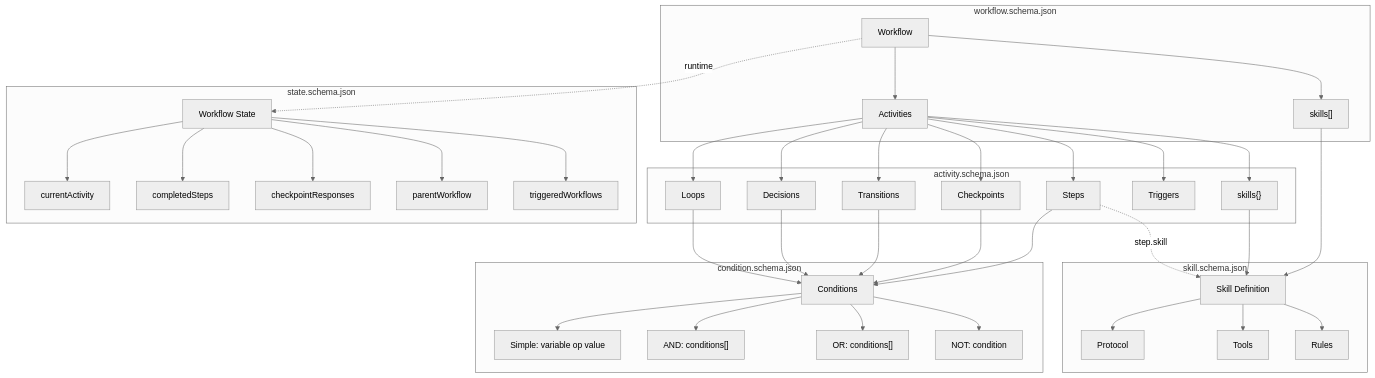
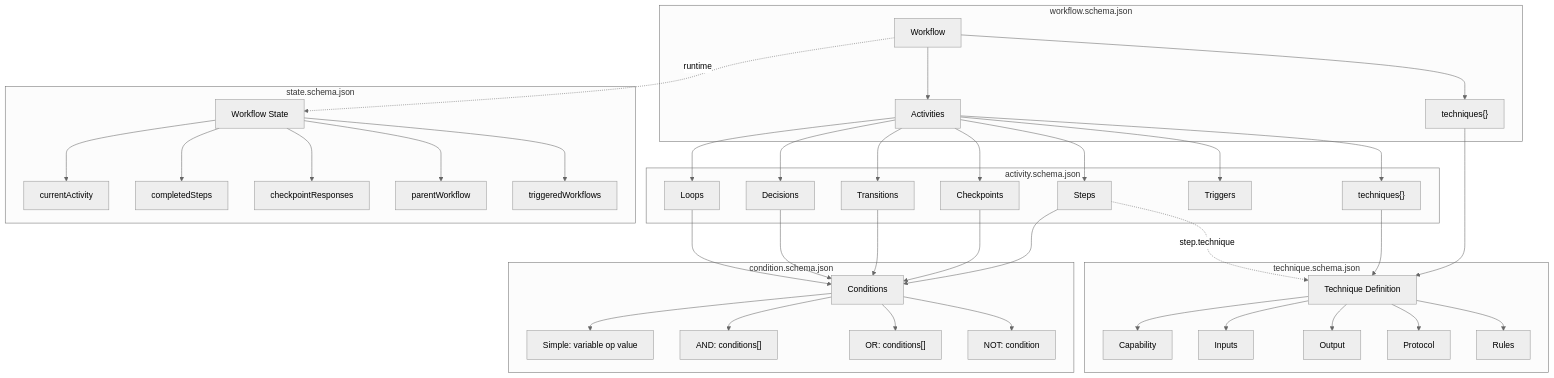
One commit to m2ux/workflow-server changed the second of 3 diagrams in schemas/README.md. Above: the diagram before and after it, drawn with Mermaid (neutral theme). The commit also changed other lines of this file and 87 other files, not shown here.

First line of the commit message:
feat(workflow-server): markdown-skills migration — techniques + resources under each workflow (#125) (#126)

````diff
--- a/schemas/README.md
+++ b/schemas/README.md
@@ -71,47 +71,49 @@
 ```mermaid
 flowchart TB
     subgraph Workflow["workflow.schema.json"]
         W[Workflow] --> A[Activities]
-        W --> SK1["skills[]"]
+        W --> SK1["techniques{}"]
     end
     
     subgraph Activity["activity.schema.json"]
         A --> S[Steps]
         A --> C[Checkpoints]
         A --> D[Decisions]
         A --> L[Loops]
         A --> T[Transitions]
         A --> TR[Triggers]
-        A --> SK2["skills{}"]
+        A --> SK2["techniques{}"]
     end
     
-    subgraph Skill["skill.schema.json"]
-        SK1 --> SKD[Skill Definition]
+    subgraph Technique["technique.schema.json"]
+        SK1 --> SKD[Technique Definition]
         SK2 --> SKD
-        S -.->|"step.skill"| SKD
+        S -.->|"step.technique"| SKD
+        SKD --> Cap[Capability]
+        SKD --> In[Inputs]
+        SKD --> Out[Output]
         SKD --> Proto[Protocol]
-        SKD --> Tools[Tools]
         SKD --> Rules[Rules]
     end
     
     subgraph Condition["condition.schema.json"]
         S --> COND[Conditions]
         C --> COND
         T --> COND
         D --> COND
         L --> COND
         COND --> Simple["Simple: variable op value"]
         COND --> And["AND: conditions[]"]
         COND --> Or["OR: conditions[]"]
         COND --> Not["NOT: condition"]
     end
     
     subgraph State["state.schema.json"]
         W -.->|"runtime"| ST[Workflow State]
         ST --> CA[currentActivity]
         ST --> CS[completedSteps]
         ST --> CR[checkpointResponses]
         ST --> PW[parentWorkflow]
         ST --> TW[triggeredWorkflows]
     end
 ```
````
